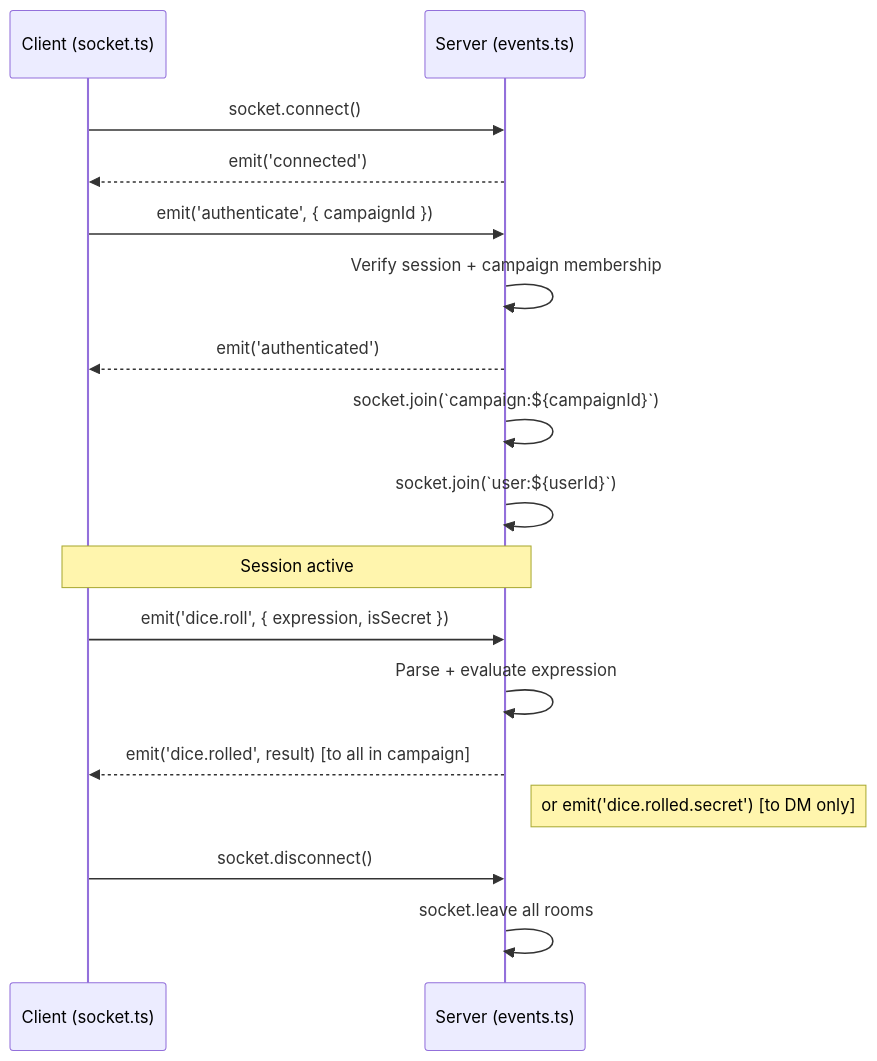
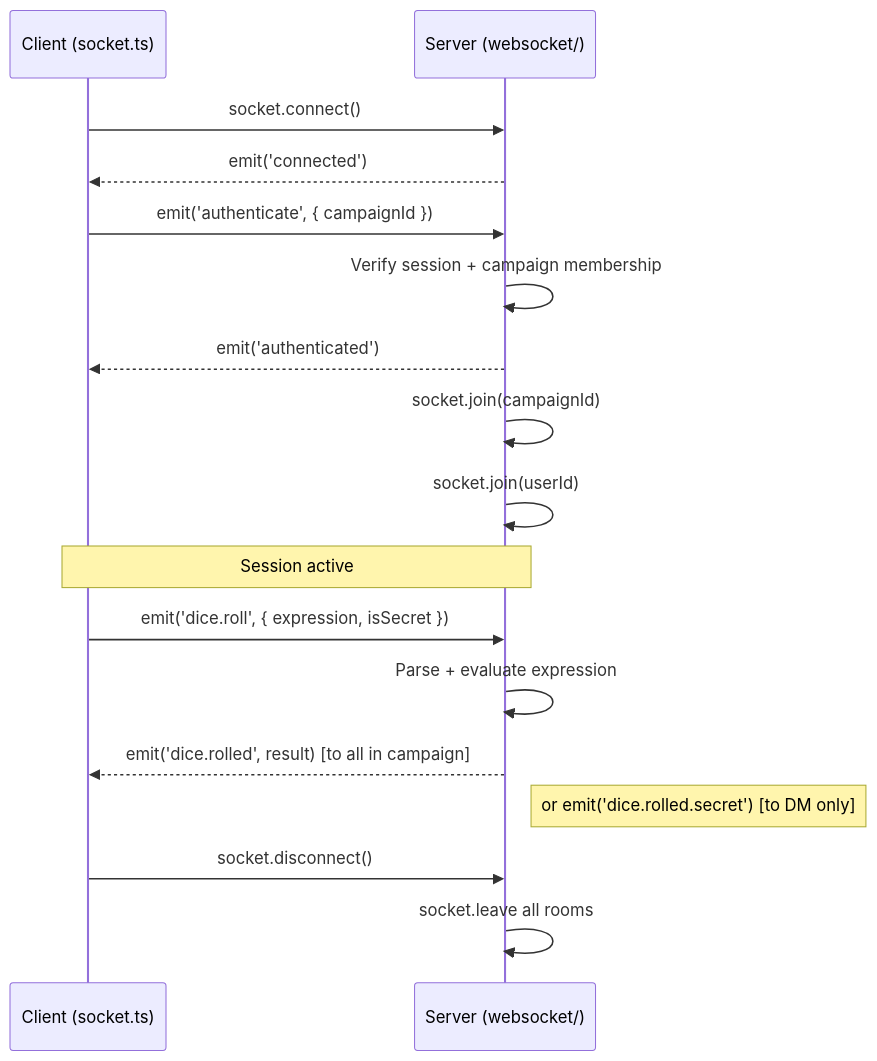
One commit to CheekyChinchilla/CozyVTT changed the sixth of 6 diagrams in docs/ARCHITECTURE.md. Above: the diagram before and after it, drawn with Mermaid. The commit also changed other lines of this file and 193 other files, not shown here.

````diff
--- a/docs/ARCHITECTURE.md
+++ b/docs/ARCHITECTURE.md
@@ -357,23 +375,23 @@
 ```mermaid
 sequenceDiagram
     participant C as Client (socket.ts)
-    participant S as Server (events.ts)
+    participant S as Server (websocket/)
 
     C->>S: socket.connect()
     S-->>C: emit('connected')
     C->>S: emit('authenticate', { campaignId })
     S->>S: Verify session + campaign membership
     S-->>C: emit('authenticated')
-    S->>S: socket.join(`campaign:${campaignId}`)
-    S->>S: socket.join(`user:${userId}`)
+    S->>S: socket.join(campaignId)
+    S->>S: socket.join(userId)
 
     Note over C,S: Session active
 
     C->>S: emit('dice.roll', { expression, isSecret })
     S->>S: Parse + evaluate expression
     S-->>C: emit('dice.rolled', result) [to all in campaign]
     Note right of S: or emit('dice.rolled.secret') [to DM only]
 
     C->>S: socket.disconnect()
     S->>S: socket.leave all rooms
 ```
````
